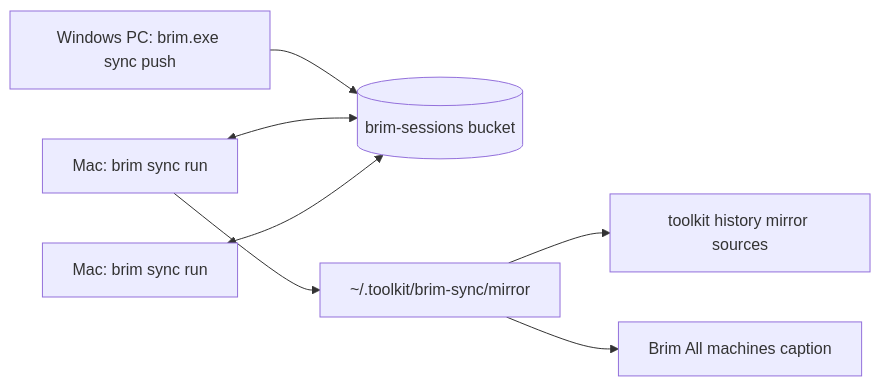
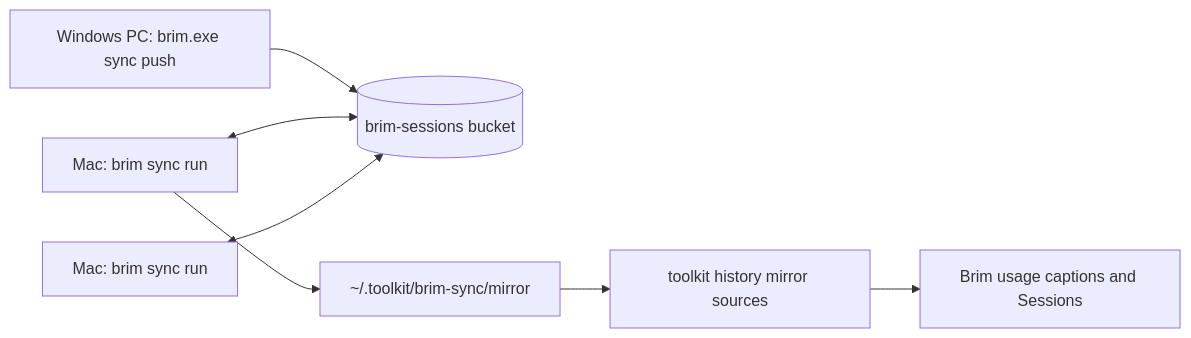
Before and after one commit to shepherdjerred/monorepo: the second of 2 diagrams in packages/docs/wiki/src/content/docs/explanation/quotabar.md, drawn with Mermaid. The commit also changed other lines of this file and 49 other files, not shown here.

````diff
--- a/packages/docs/wiki/src/content/docs/explanation/quotabar.md
+++ b/packages/docs/wiki/src/content/docs/explanation/quotabar.md
@@ -244,12 +257,12 @@
 ```mermaid
 flowchart LR
   accTitle: Brim sync data flow
   accDescr: Each machine pushes encrypted transcript segments and a manifest to the SeaweedFS bucket. Macs pull other machines into a read-only mirror that toolkit history and Brim read.
 
   W[Windows PC: brim.exe sync push] --> B[(brim-sessions bucket)]
   M1[Mac: brim sync run] <--> B
   M2[Mac: brim sync run] <--> B
   M1 --> X[~/.toolkit/brim-sync/mirror]
   X --> H[toolkit history mirror sources]
-  X --> U[Brim All machines caption]
+  H --> U[Brim usage captions and Sessions]
 ```
````
